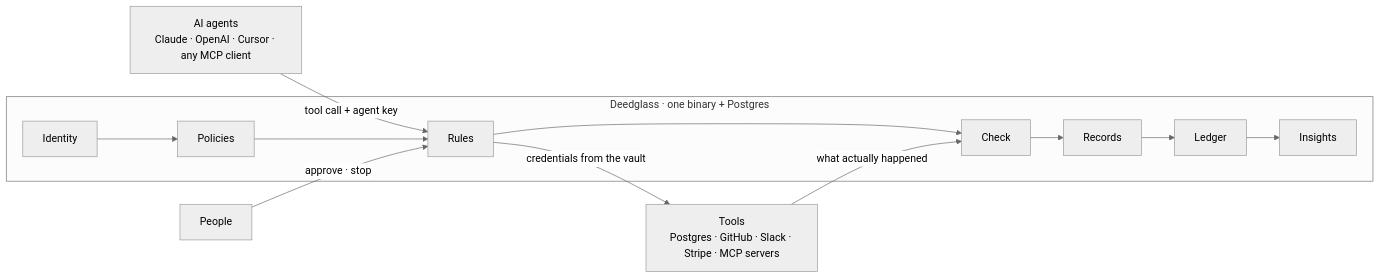
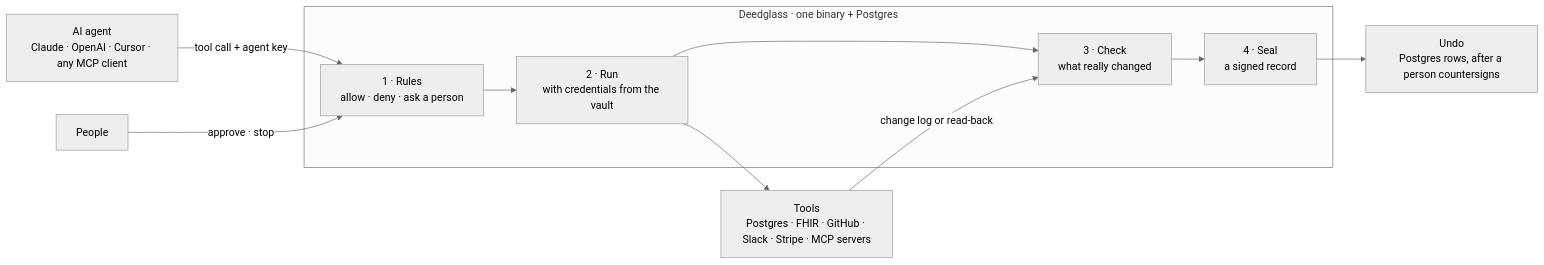
The diagram in README.md (deedglass/deedglass), drawn with Mermaid (neutral theme) before and after one commit. The commit also changed other lines of this file and 15 other files, not shown here.

First line of the commit message:
GitHub presence: one-line heading, the demo up top, install, try it, who it's for (#96)

````diff
--- a/README.md
+++ b/README.md
@@ -148,11 +97,12 @@
 ```mermaid
 flowchart LR
-  A["AI agents<br/>Claude · OpenAI · Cursor · any MCP client"] -->|tool call + agent key| G
+  A["AI agent<br/>Claude · OpenAI · Cursor · any MCP client"] -->|tool call + agent key| R
   subgraph D["Deedglass · one binary + Postgres"]
-    I[Identity] --> P[Policies] --> G[Rules]
-    G --> W[Check] --> S[Records] --> L[Ledger] --> N[Insights]
+    R["1 · Rules<br/>allow · deny · ask a person"] --> X["2 · Run<br/>with credentials from the vault"]
+    X --> C["3 · Check<br/>what really changed"] --> S["4 · Seal<br/>a signed record"]
   end
-  G -->|credentials from the vault| T["Tools<br/>Postgres · GitHub · Slack · Stripe · MCP servers"]
-  T -->|what actually happened| W
-  H[People] -->|approve · stop| G
+  X --> T["Tools<br/>Postgres · FHIR · GitHub · Slack · Stripe · MCP servers"]
+  T -->|change log or read-back| C
+  S --> U["Undo<br/>Postgres rows, after a person countersigns"]
+  H[People] -->|approve · stop| R
 ```
````
